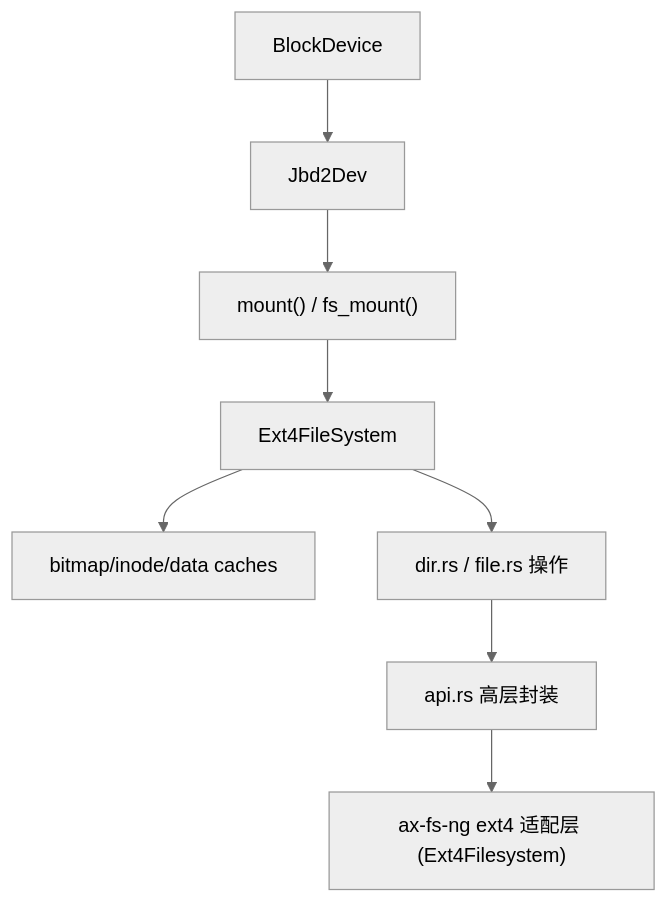
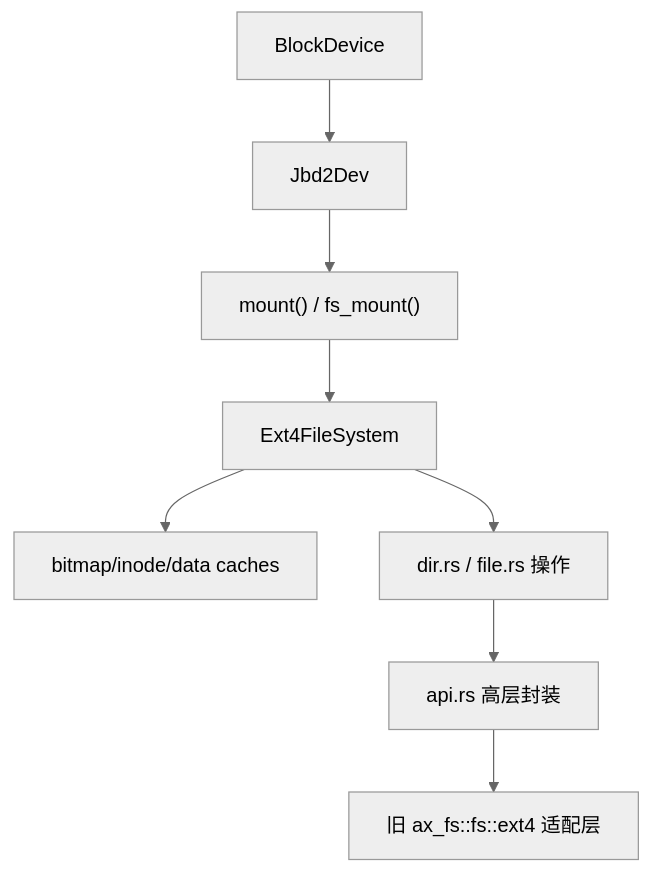
Before and after one commit to rcore-os/tgoskits: the first of 2 diagrams in docs/docs/components/crates/rsext4.md, drawn with Mermaid (neutral theme). The commit also changed other lines of this file and 14 other files, not shown here.

````diff
--- a/docs/docs/components/crates/rsext4.md
+++ b/docs/docs/components/crates/rsext4.md
@@ -31,10 +31,10 @@
 ```mermaid
 flowchart TD
     A["BlockDevice"] --> B["Jbd2Dev"]
     B --> C["mount() / fs_mount()"]
     C --> D["Ext4FileSystem"]
     D --> E["bitmap/inode/data caches"]
     D --> F["dir.rs / file.rs 操作"]
     F --> G["api.rs 高层封装"]
-    G --> H["ax-fs-ng ext4 适配层 (Ext4Filesystem)"]
+    G --> H["旧 ax_fs::fs::ext4 适配层"]
 ```
````
